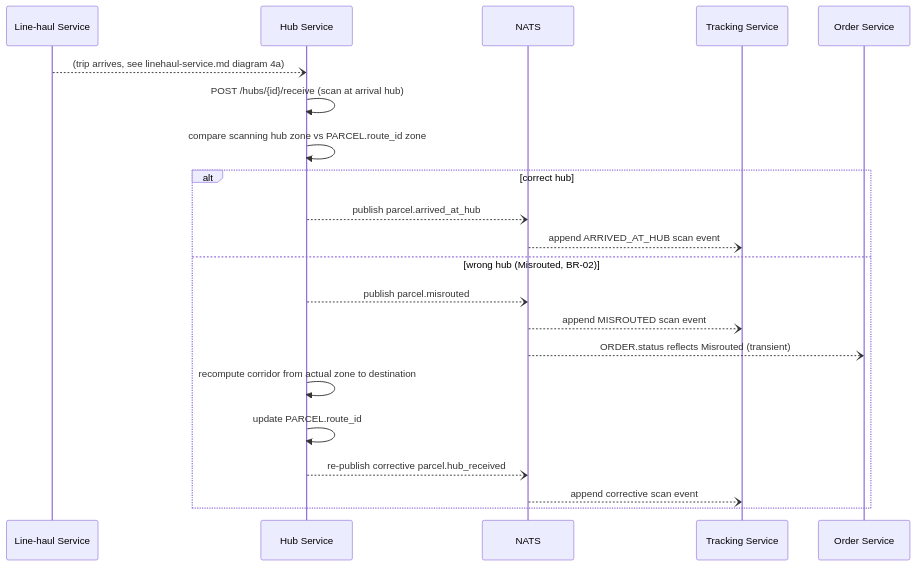
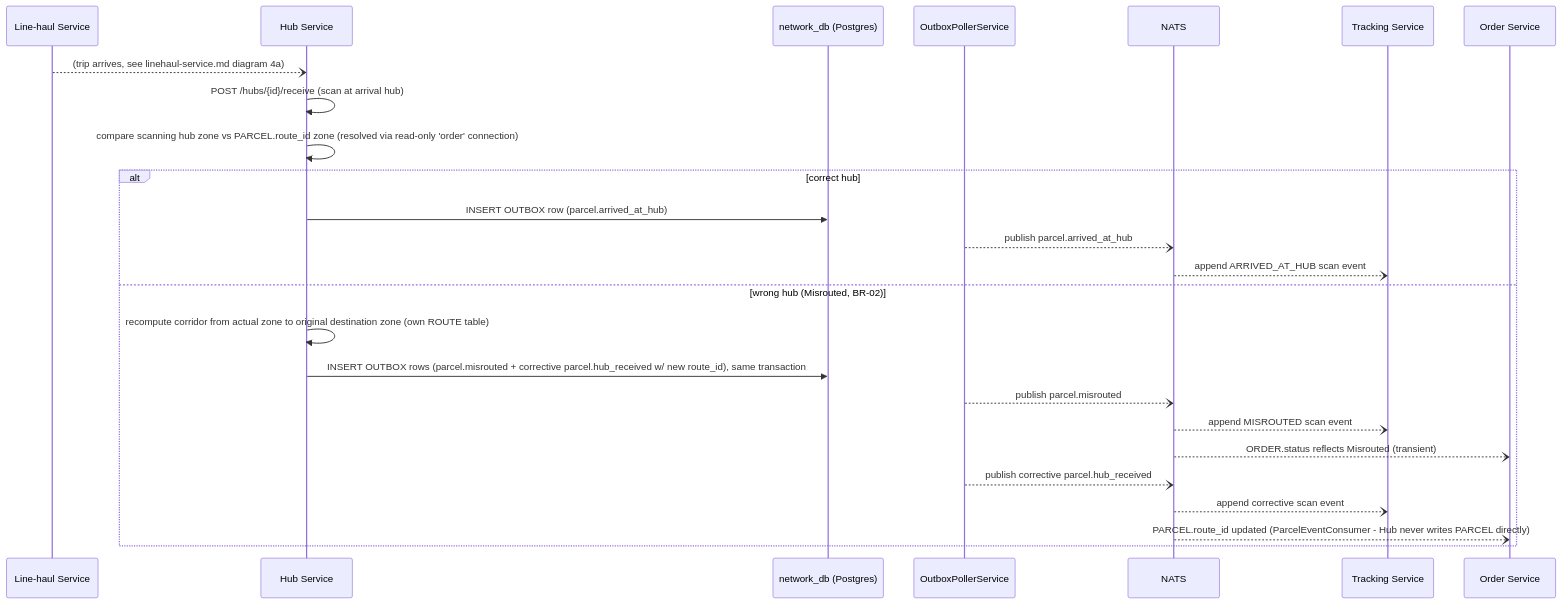
Before and after one commit to dunguyen-311201/nestjs: the second of 2 diagrams in shipping-system/docs/lld/hub-service.md, drawn with Mermaid. The commit also changed other lines of this file and 3 other files, not shown here.

First line of the commit message:
docs: add Hub OUTBOX schema, close the Accepted MVP risk note

````diff
--- a/shipping-system/docs/lld/hub-service.md
+++ b/shipping-system/docs/lld/hub-service.md
@@ -48,25 +55,29 @@
 ```mermaid
 sequenceDiagram
     participant Linehaul as Line-haul Service
     participant Hub as Hub Service
+    participant DB as network_db (Postgres)
+    participant Poller as OutboxPollerService
     participant NATS
     participant Tracking as Tracking Service
     participant Order as Order Service
 
     Linehaul--)Hub: (trip arrives, see linehaul-service.md diagram 4a)
     Hub->>Hub: POST /hubs/{id}/receive (scan at arrival hub)
-    Hub->>Hub: compare scanning hub zone vs PARCEL.route_id zone
+    Hub->>Hub: compare scanning hub zone vs PARCEL.route_id zone (resolved via read-only 'order' connection)
 
     alt correct hub
-        Hub--)NATS: publish parcel.arrived_at_hub
+        Hub->>DB: INSERT OUTBOX row (parcel.arrived_at_hub)
+        Poller--)NATS: publish parcel.arrived_at_hub
         NATS--)Tracking: append ARRIVED_AT_HUB scan event
     else wrong hub (Misrouted, BR-02)
-        Hub--)NATS: publish parcel.misrouted
+        Hub->>Hub: recompute corridor from actual zone to original destination zone (own ROUTE table)
+        Hub->>DB: INSERT OUTBOX rows (parcel.misrouted + corrective parcel.hub_received w/ new route_id), same transaction
+        Poller--)NATS: publish parcel.misrouted
         NATS--)Tracking: append MISROUTED scan event
         NATS--)Order: ORDER.status reflects Misrouted (transient)
-        Hub->>Hub: recompute corridor from actual zone to destination
-        Hub->>Hub: update PARCEL.route_id
-        Hub--)NATS: re-publish corrective parcel.hub_received
+        Poller--)NATS: publish corrective parcel.hub_received
         NATS--)Tracking: append corrective scan event
+        NATS--)Order: PARCEL.route_id updated (ParcelEventConsumer - Hub never writes PARCEL directly)
     end
 ```
````
